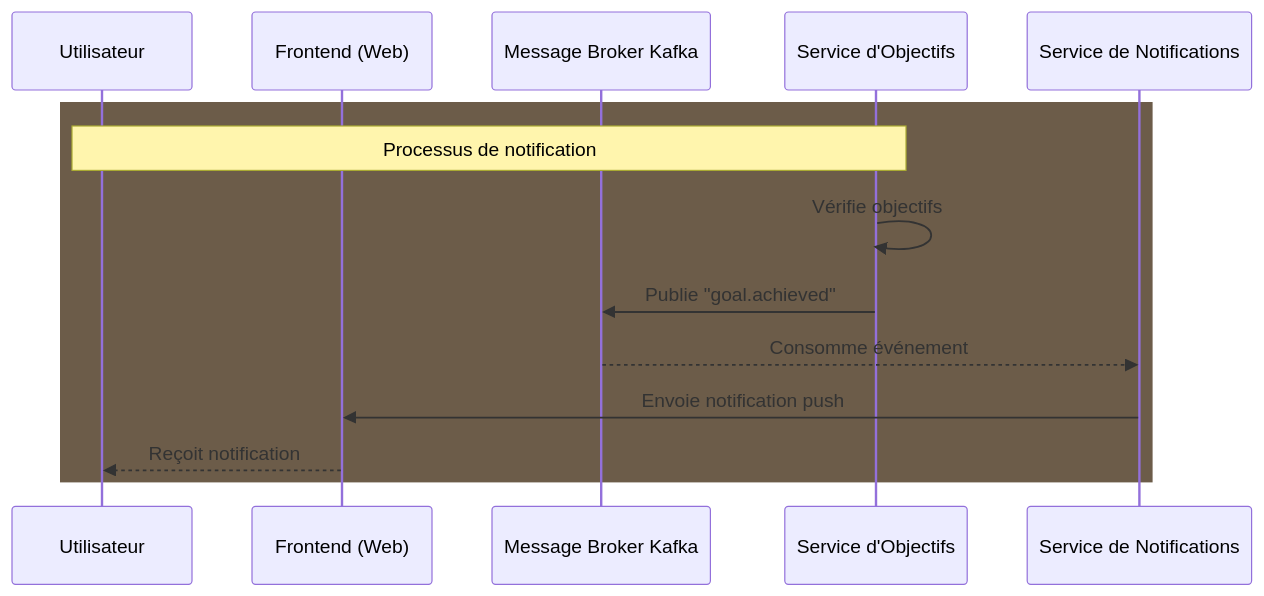
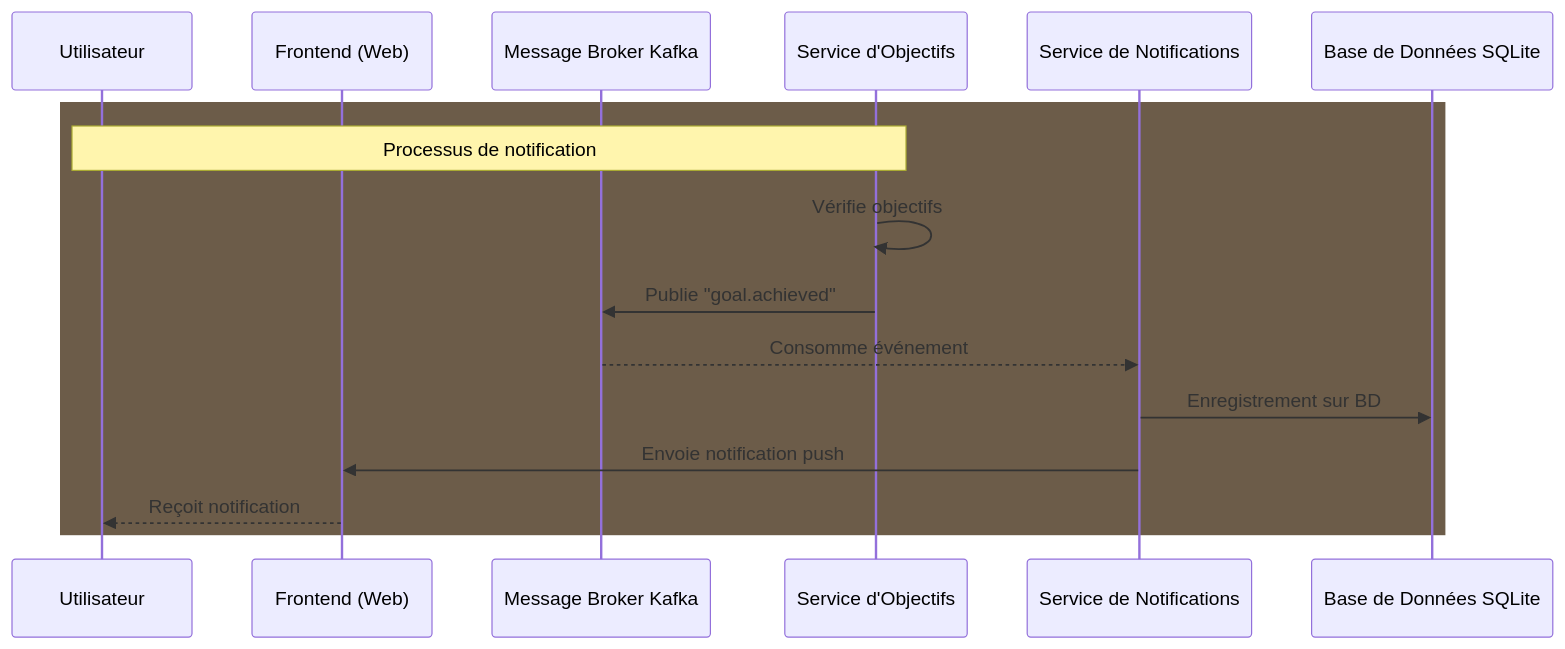
Diagram 11 of 15 in conception/ArchitectureTechnique.md (marouaneaka/gofit), drawn with Mermaid before and after one commit. The commit also changed other lines of this file, not shown here.

````diff
--- a/conception/ArchitectureTechnique.md
+++ b/conception/ArchitectureTechnique.md
@@ -173,21 +243,23 @@
 ```mermaid
 sequenceDiagram
     participant User as Utilisateur
     participant Front as Frontend (Web)
 
     participant Kafka as Message Broker Kafka
     participant GS as Service d'Objectifs
     participant NS as Service de Notifications
+    participant DB as Base de Données SQLite
 
     
     
     %% Flux de notification d'objectif atteint
     rect rgb(108, 92, 73)
         Note over GS,User: Processus de notification
         GS->>GS: Vérifie objectifs
         GS->>Kafka: Publie "goal.achieved"
         Kafka-->>NS: Consomme événement
+        NS->>DB: Enregistrement sur BD
         NS->>Front: Envoie notification push
         Front-->>User: Reçoit notification
     end
 ```
````
